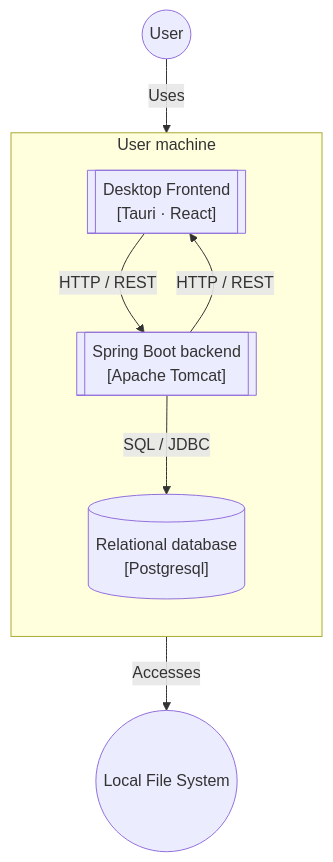
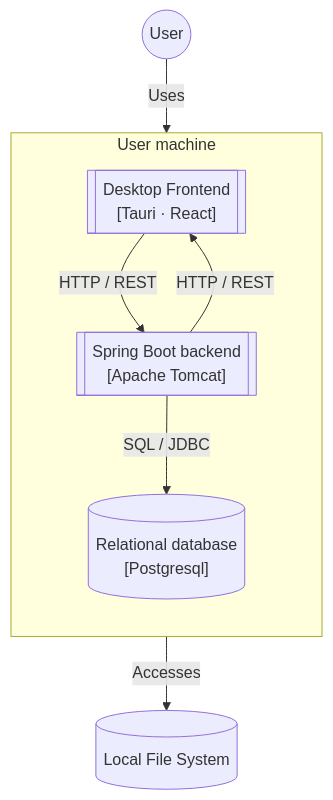
Before and after one commit to EduardCavasi/Local-Search-Engine: the second of 8 diagrams in Architecture.md, drawn with Mermaid.

Commit message:
Small correction in Architecture.md

````diff
--- a/Architecture.md
+++ b/Architecture.md
@@ -43,23 +43,23 @@
 ```mermaid
 flowchart TB
     subgraph machine["User machine"]
         direction TB
         FE[["Desktop Frontend<br/>[Tauri · React]"]]
         BE[["Spring Boot backend<br/>[Apache Tomcat]"]]
         DB[("Relational database<br/>[Postgresql]")]
         FE -->|"HTTP / REST"| BE
         BE -->|"HTTP / REST"| FE
         BE -->|"SQL / JDBC"| DB
     end
 
     User((User))
     User -->|"Uses"| FE
 
-    external((Local File System))
-    BE -->|Accesses| external
+    EXT[(Local File System)]
+    BE -->|"Accesses"| EXT
 
 
     class FE,BE,DB blackBox
     class User blackRound
 
 ```
````
